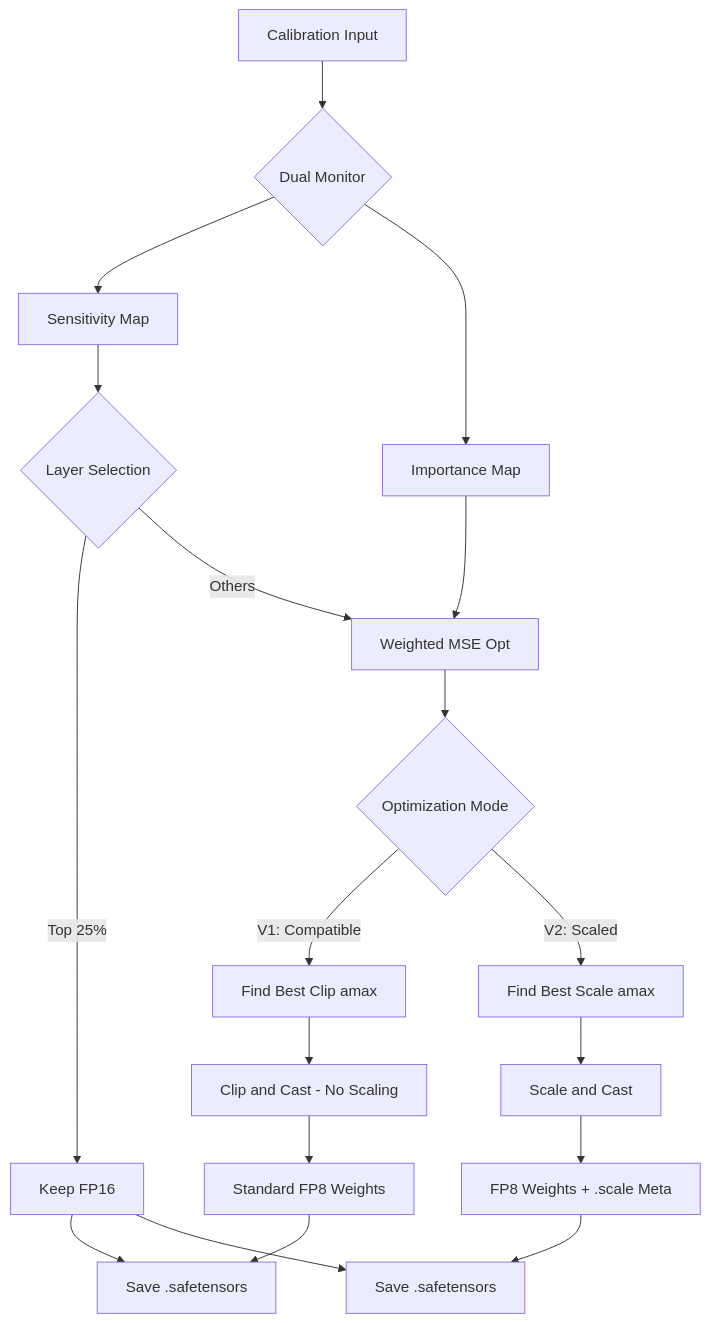
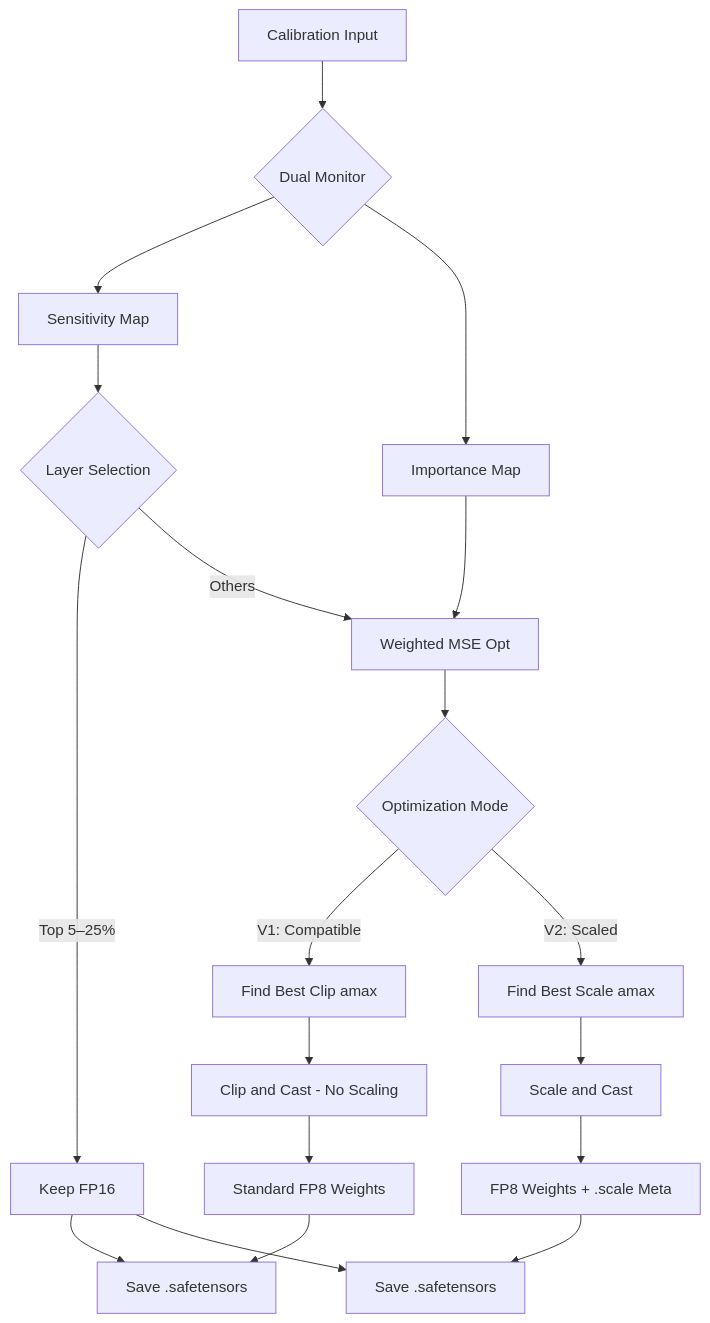
Before and after one commit to Apache0ne/Hybrid-Sensitivity-Weighted-Quantization: the diagram in md/HSWQ_ Hybrid Sensitivity Weighted Quantization.md, drawn with Mermaid. The commit also changed other lines of this file and 10 other files, not shown here.

````diff
--- a/md/HSWQ_ Hybrid Sensitivity Weighted Quantization.md
+++ b/md/HSWQ_ Hybrid Sensitivity Weighted Quantization.md
@@ -84,21 +84,21 @@
 ```mermaid
 graph TD
     A[Calibration Input] --> B{Dual Monitor}
     B --> C[Sensitivity Map]
     B --> D[Importance Map]
     C --> E{Layer Selection}
-    E -->|Top 25%| F[Keep FP16]
+    E -->|Top 5–25%| F[Keep FP16]
     E -->|Others| G[Weighted MSE Opt]
     G --> H{Optimization Mode}
     D --> G
     H -->|V1: Compatible| I[Find Best Clip amax]
     I --> J["Clip and Cast - No Scaling"]
     J --> K[Standard FP8 Weights]
     K --> L[Save .safetensors]
     F --> L
     H -->|V2: Scaled| M[Find Best Scale amax]
     M --> N["Scale and Cast"]
     N --> O["FP8 Weights + .scale Meta"]
     O --> P[Save .safetensors]
     F --> P
 ```
````
